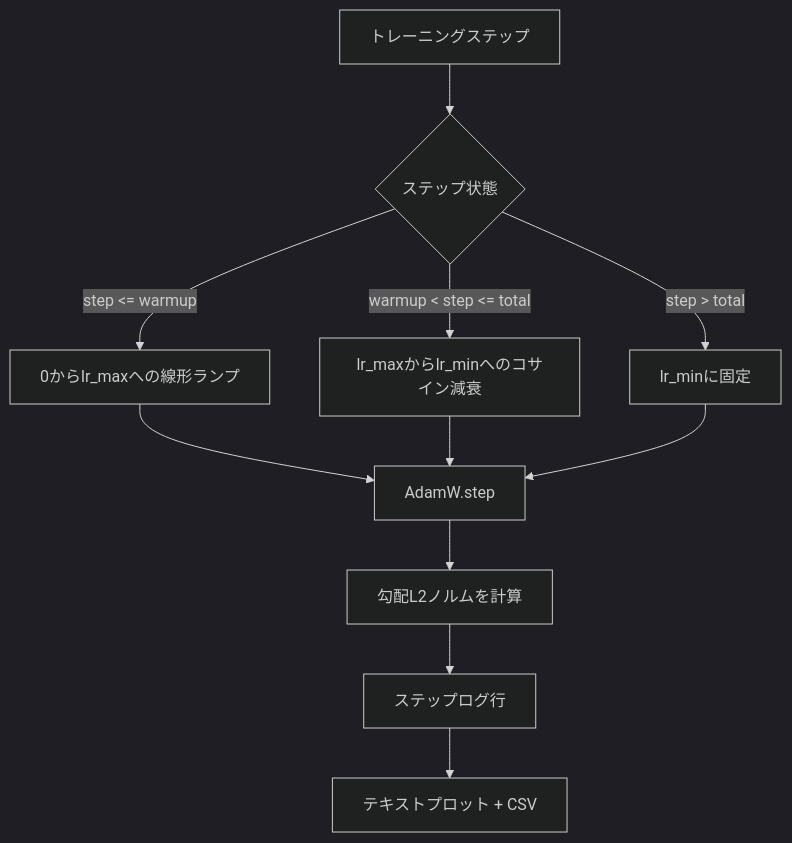
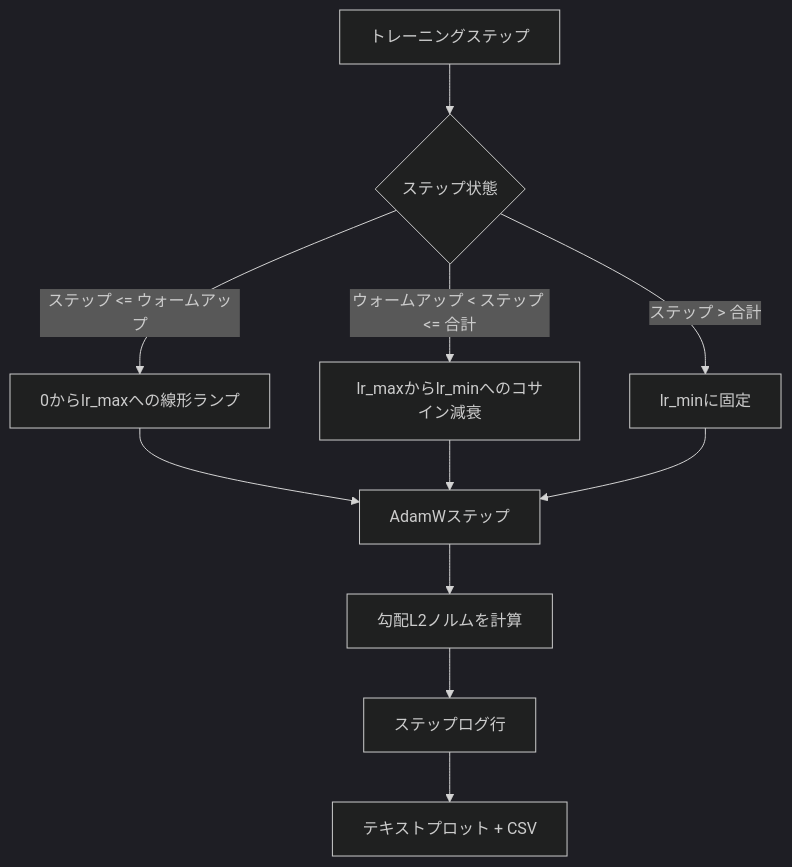
The diagram in content/phases/19-capstone-projects/44-cosine-lr-warmup/lesson.ja.md (shoshoshomen/synapse-academy), drawn with Mermaid (dark theme) before and after one commit. The commit also changed 124 other files, not shown here.

First line of the commit message:
feat(i18n): mermaid図のラベルを日本語化(194レッスン/374図)

````diff
--- a/content/phases/19-capstone-projects/44-cosine-lr-warmup/lesson.ja.md
+++ b/content/phases/19-capstone-projects/44-cosine-lr-warmup/lesson.ja.md
@@ -23,13 +23,13 @@
 ```mermaid
 flowchart TD
-  Step[トレーニングステップ] --> Branch{ステップ状態}
-  Branch -- step <= warmup --> Linear[0からlr_maxへの線形ランプ]
-  Branch -- warmup < step <= total --> Cosine[lr_maxからlr_minへのコサイン減衰]
-  Branch -- step > total --> Floor[lr_minに固定]
-  Linear --> Apply[AdamW.step]
+  Step["トレーニングステップ"] --> Branch{"ステップ状態"}
+  Branch -- "ステップ <= ウォームアップ" --> Linear["0からlr_maxへの線形ランプ"]
+  Branch -- "ウォームアップ < ステップ <= 合計" --> Cosine["lr_maxからlr_minへのコサイン減衰"]
+  Branch -- "ステップ > 合計" --> Floor["lr_minに固定"]
+  Linear --> Apply["AdamWステップ"]
   Cosine --> Apply
   Floor --> Apply
-  Apply --> GradNorm[勾配L2ノルムを計算]
-  GradNorm --> Log[ステップログ行]
-  Log --> Plot[テキストプロット + CSV]
+  Apply --> GradNorm["勾配L2ノルムを計算"]
+  GradNorm --> Log["ステップログ行"]
+  Log --> Plot["テキストプロット + CSV"]
 ```
````
